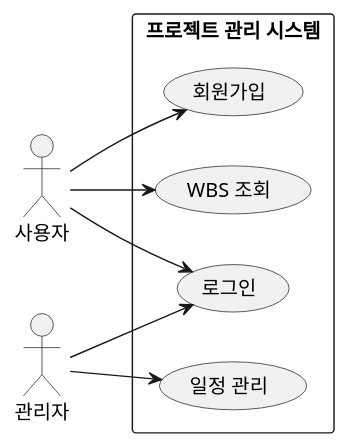
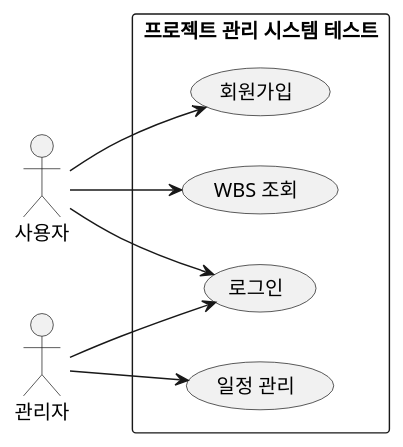
One commit to ghdrb1246/Project_Automation changed the diagram in docs/diagrams/UCD.puml. Above: the diagram before and after it, drawn with PlantUML.

Commit message:
test: 테스트 UCD 수정

```diff
--- a/docs/diagrams/UCD.puml
+++ b/docs/diagrams/UCD.puml
@@ -1,18 +1,18 @@
 @startuml
 left to right direction
 actor 사용자 as User
 actor "관리자" as Admin
 
-rectangle "프로젝트 관리 시스템" {
+rectangle "프로젝트 관리 시스템 테스트" {
   usecase "회원가입" as UC1
   usecase "로그인" as UC2
   usecase "WBS 조회" as UC3
   usecase "일정 관리" as UC4
 }
 
 User --> UC1
 User --> UC2
 User --> UC3
 Admin --> UC2
 Admin --> UC4
 @enduml
```
